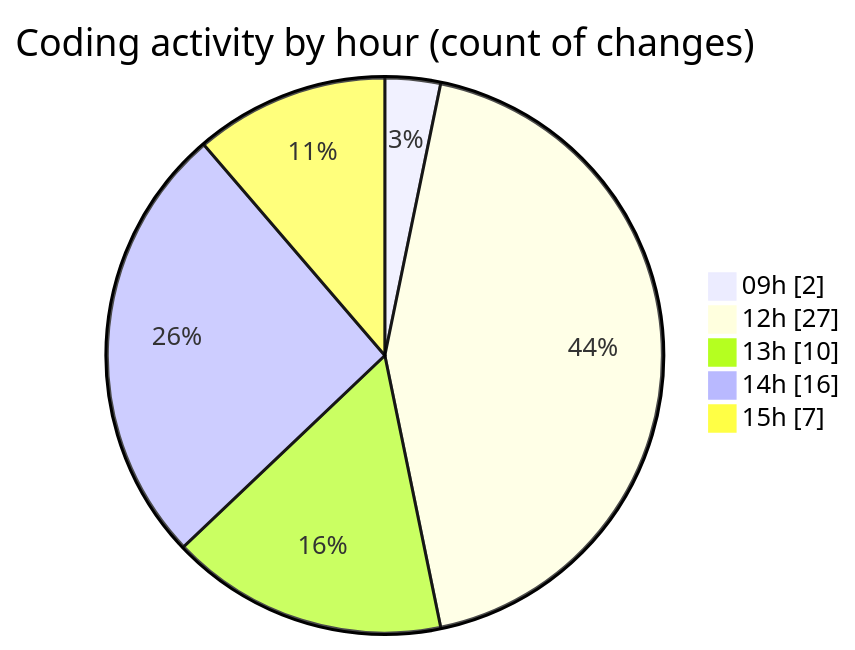
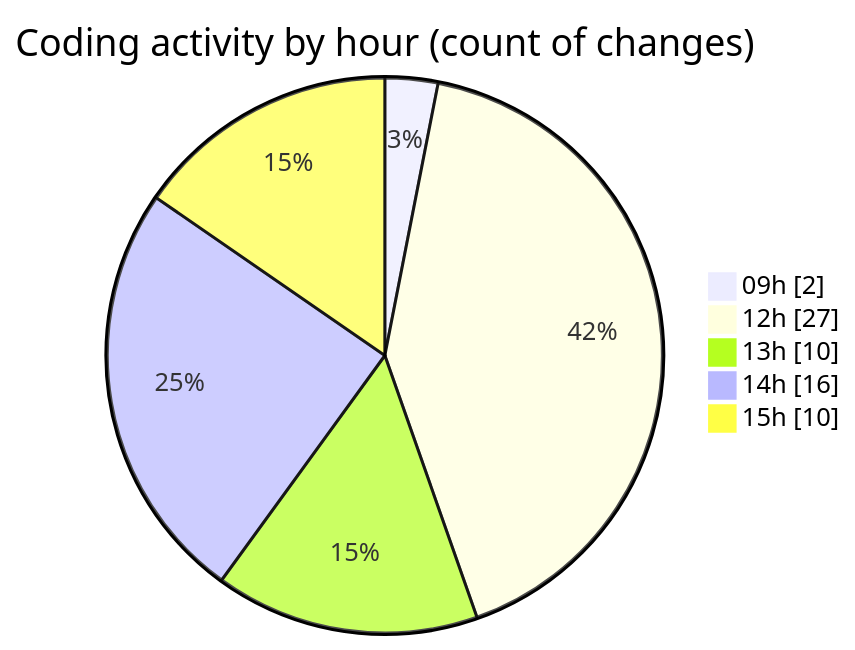
Before and after one commit to momahboobian/code-tracking: the second of 2 diagrams in 2025-11-06/cda/README.md, drawn with Mermaid. The commit also changed other lines of this file and 1 other file, not shown here.

````diff
--- a/2025-11-06/cda/README.md
+++ b/2025-11-06/cda/README.md
@@ -55,9 +59,9 @@
 ```mermaid
 pie showData
 title Coding activity by hour (count of changes)
 "09h" : 2
 "12h" : 27
 "13h" : 10
 "14h" : 16
-"15h" : 7
+"15h" : 10
 ```
````
